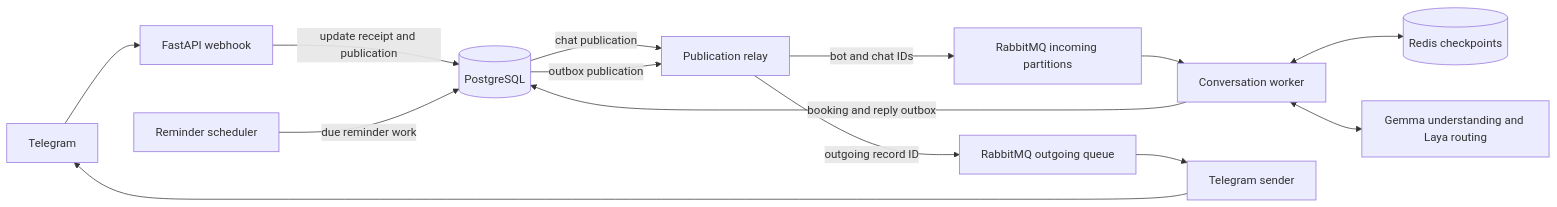
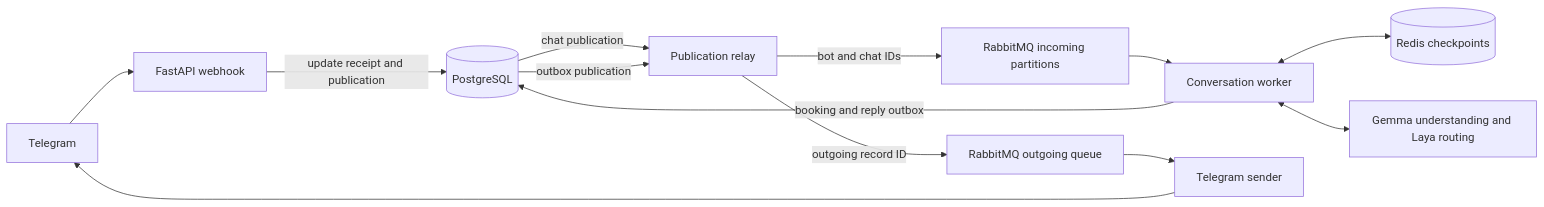
One commit to ktakanopy/capy-appointment-bot changed the diagram in docs/system-design-100k.md. Above: the diagram before and after it, drawn with Mermaid. The commit also changed other lines of this file and 64 other files, not shown here.

````diff
--- a/docs/system-design-100k.md
+++ b/docs/system-design-100k.md
@@ -11,16 +11,15 @@
 ```mermaid
 flowchart LR
     TG[Telegram] --> API[FastAPI webhook]
     API -->|update receipt and publication| PG[(PostgreSQL)]
     PG -->|chat publication| Relay[Publication relay]
     Relay -->|bot and chat IDs| Incoming[RabbitMQ incoming partitions]
     Incoming --> Worker[Conversation worker]
     Worker <--> Redis[(Redis checkpoints)]
     Worker <--> Models[Gemma understanding and Laya routing]
     Worker -->|booking and reply outbox| PG
-    Reminder[Reminder scheduler] -->|due reminder work| PG
     PG -->|outbox publication| Relay
     Relay -->|outgoing record ID| Outgoing[RabbitMQ outgoing queue]
     Outgoing --> Sender[Telegram sender]
     Sender --> TG
 ```
````
